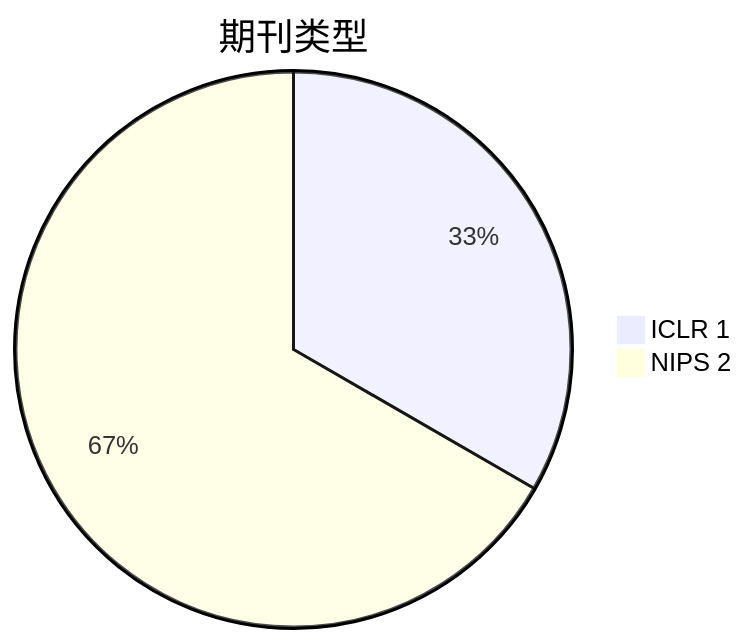
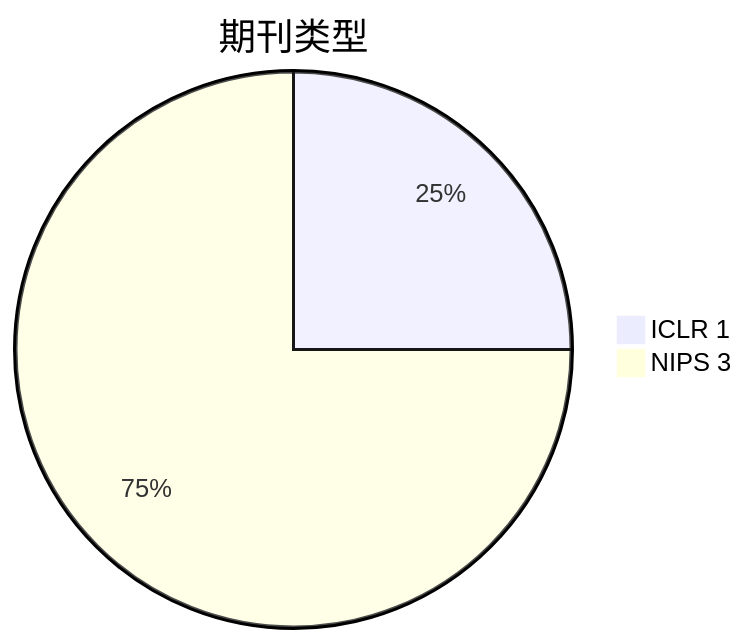
The second of 4 diagrams in Base_Model/GAN+VAE+Diffusion/analyse.md (Elephant-King9/Paper), drawn with Mermaid before and after one commit. The commit also changed other lines of this file and 4 other files, not shown here.

````diff
--- a/Base_Model/GAN+VAE+Diffusion/analyse.md
+++ b/Base_Model/GAN+VAE+Diffusion/analyse.md
@@ -22,5 +24,5 @@
 ```mermaid
 pie title 期刊类型
     "ICLR 1" : 1
-    "NIPS 2" : 2 
+    "NIPS 3" : 3
 ```
````
